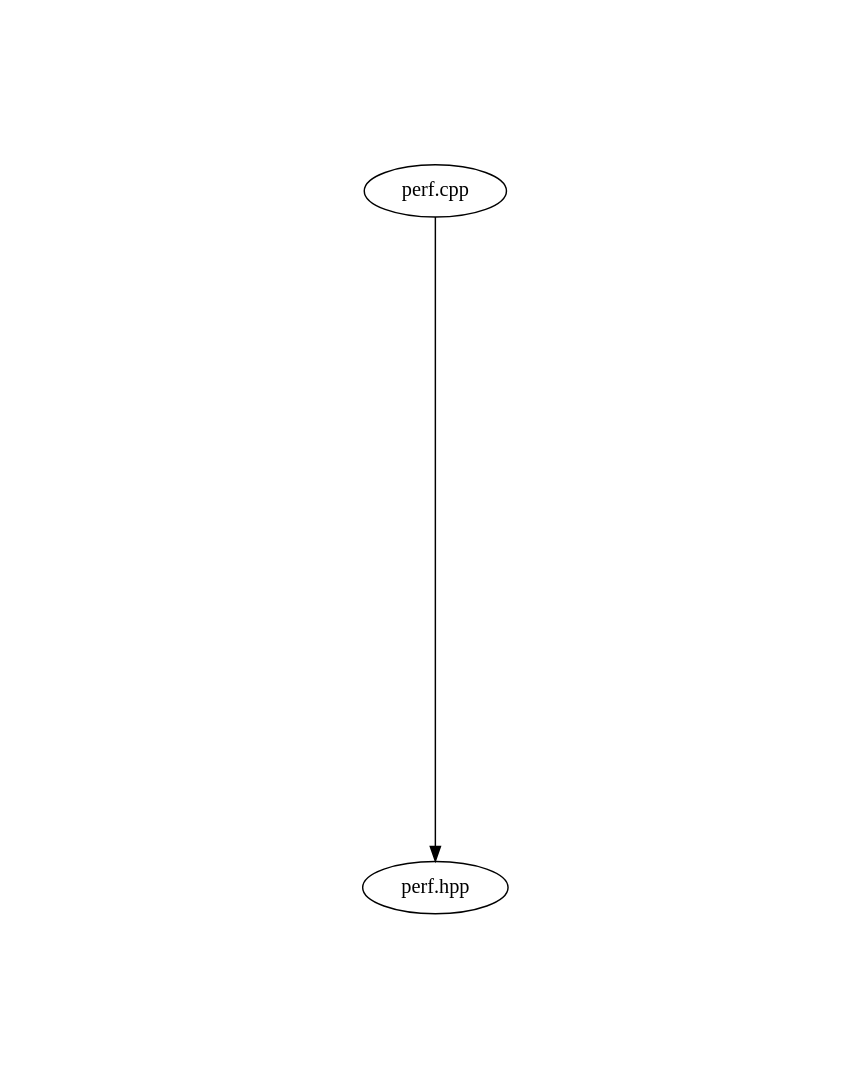
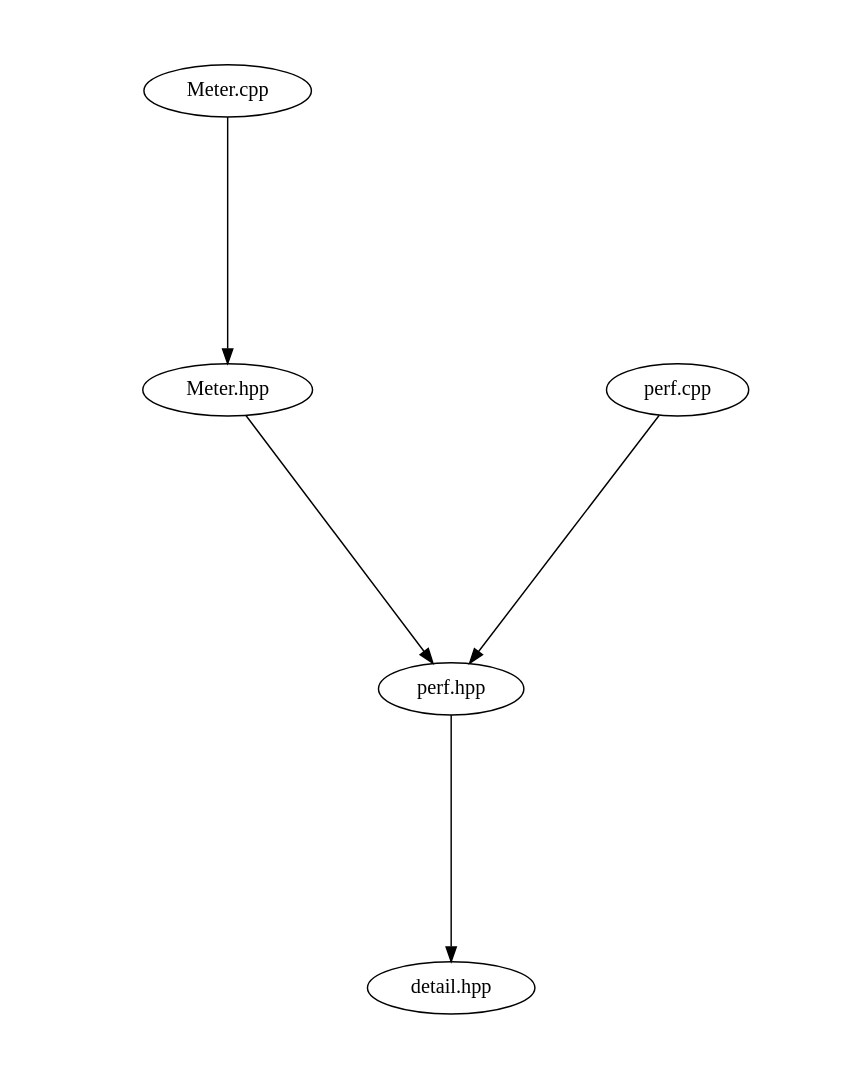
One commit to waggyz/femera-mini-app changed the diagram in src/docs/src-notest.dot. Above: the diagram before and after it, drawn with Graphviz. The commit also changed 10 other files, not shown here.

```diff
--- a/src/docs/src-notest.dot
+++ b/src/docs/src-notest.dot
@@ -1,9 +1,12 @@
 digraph "source tree" {
     overlap=scale;
     size="8,10";
     ratio="fill";
     fontsize="16";
     fontname="Helvetica";
 	clusterrank="local";
+	"Meter.cpp" -> "Meter.hpp"
+	"Meter.hpp" -> "perf.hpp"
 	"perf.cpp" -> "perf.hpp"
+	"perf.hpp" -> "detail.hpp"
 }
```
